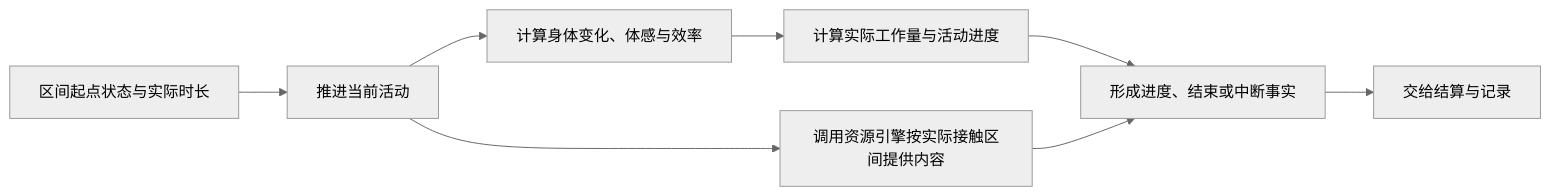
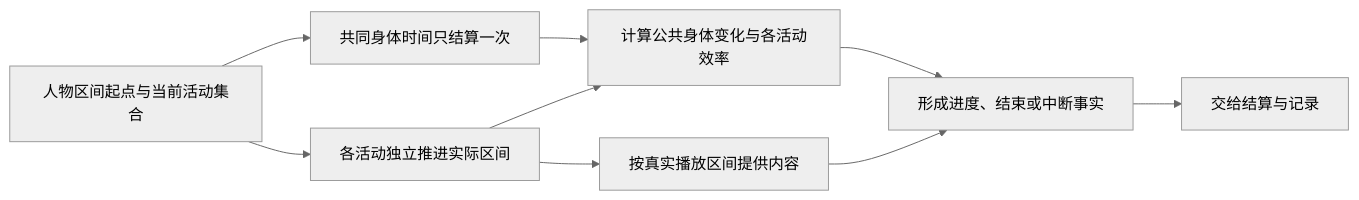
The seventh of 9 diagrams in docs/design/04-simulation-engine.md (HoldThatThgt/WorldMock), drawn with Mermaid (neutral theme) before and after one commit. The commit also changed other lines of this file and 168 other files, not shown here.

````diff
--- a/docs/design/04-simulation-engine.md
+++ b/docs/design/04-simulation-engine.md
@@ -374,10 +376,11 @@
 ```mermaid
 flowchart LR
-    I[区间起点状态与实际时长] --> A[推进当前活动]
-    A --> B[计算身体变化、体感与效率]
-    B --> P[计算实际工作量与活动进度]
-    A --> C[调用资源引擎按实际接触区间提供内容]
+    I[人物区间起点与当前活动集合] --> B[共同身体时间只结算一次]
+    I --> A[各活动独立推进实际区间]
+    B --> P[计算公共身体变化与各活动效率]
+    A --> P
+    A --> C[按真实播放区间提供内容]
     P --> E[形成进度、结束或中断事实]
     C --> E
     E --> S[交给结算与记录]
 ```
````
